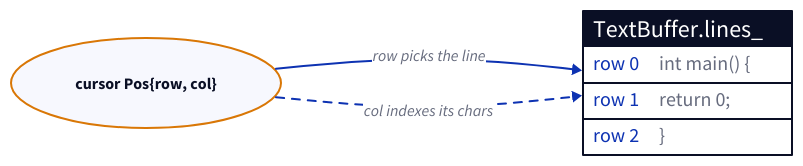
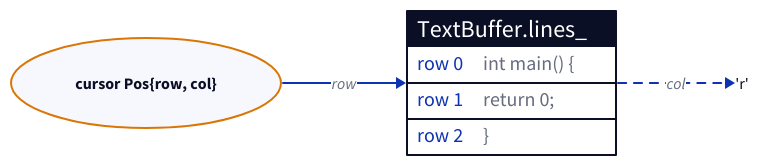
The first of 2 diagrams in courses/terminal-editor-cpp.md (michael-duren/rubber-duck), drawn with D2 before and after one commit. The commit also changed other lines of this file and 29 other files, not shown here.

````diff
--- a/courses/terminal-editor-cpp.md
+++ b/courses/terminal-editor-cpp.md
@@ -1370,19 +1370,21 @@
 ```d2
 direction: right
 
 cur: "cursor  Pos{row, col}" {
   shape: oval
   style.stroke: "#d97706"
   style.stroke-width: 2
 }
 
 buf: "TextBuffer.lines_" {
   shape: sql_table
   "row 0": "int main() {"
   "row 1": "  return 0;"
   "row 2": "}"
 }
 
-cur -> buf."row 1": "row picks the line"
-cur -> buf."row 1": "col indexes its chars" {style.stroke-dash: 4}
+ch: "'r'" {shape: text}
+
+cur -> buf."row 1": "row"
+buf."row 1" -> ch: "col" {style.stroke-dash: 4}
 ```
````
